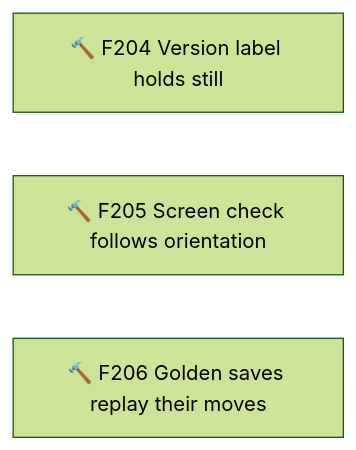
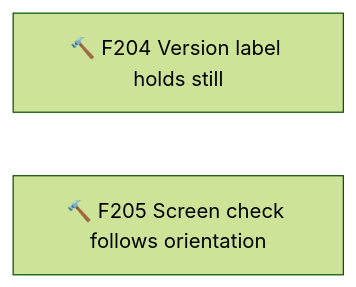
Diagram 39 of 39 in .planning/ROADMAP.md (TheBlueMuzzy/framework), drawn with Mermaid (forest theme) before and after one commit. The commit also changed other lines of this file and 14 other files, not shown here.

````diff
--- a/.planning/ROADMAP.md
+++ b/.planning/ROADMAP.md
@@ -625,6 +624,5 @@
 ```mermaid
 flowchart LR
   F204[🔨 F204 Version label holds still]
   F205[🔨 F205 Screen check follows orientation]
-  F206[🔨 F206 Golden saves replay their moves]
 ```
````
